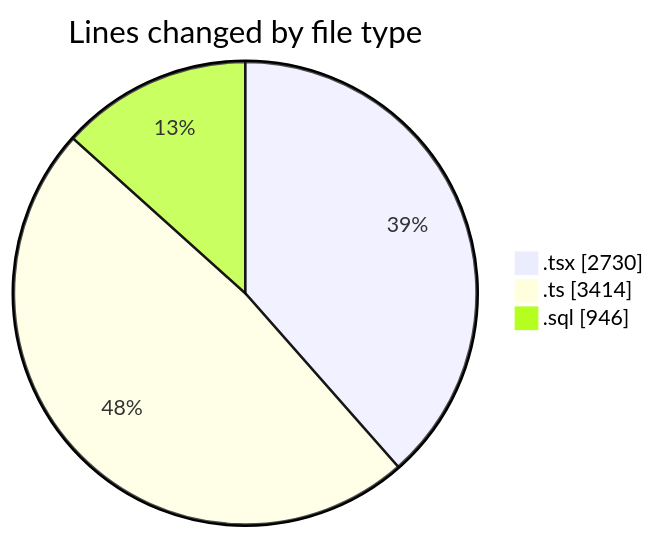
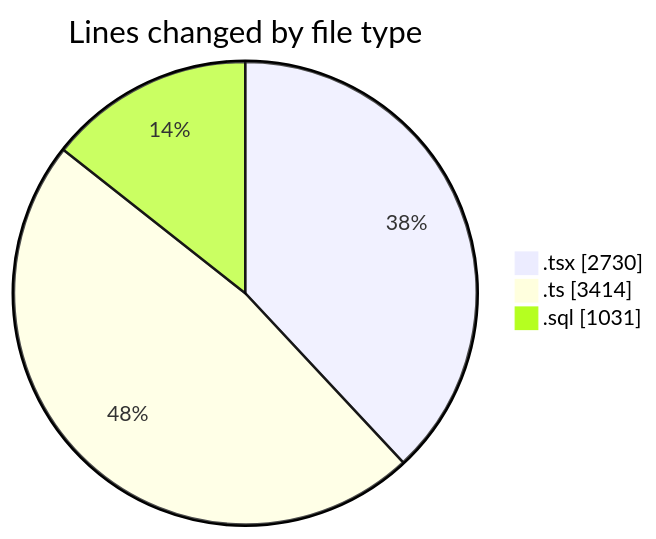
The first of 2 diagrams in 2025-09-05/hiai-phf/README.md (lephambinh05/code-tracking), drawn with Mermaid before and after one commit. The commit also changed other lines of this file and 1 other file, not shown here.

````diff
--- a/2025-09-05/hiai-phf/README.md
+++ b/2025-09-05/hiai-phf/README.md
@@ -72,7 +72,7 @@
 ```mermaid
 pie showData
 title Lines changed by file type
 ".tsx" : 2730
 ".ts" : 3414
-".sql" : 946
+".sql" : 1031
 ```
````
